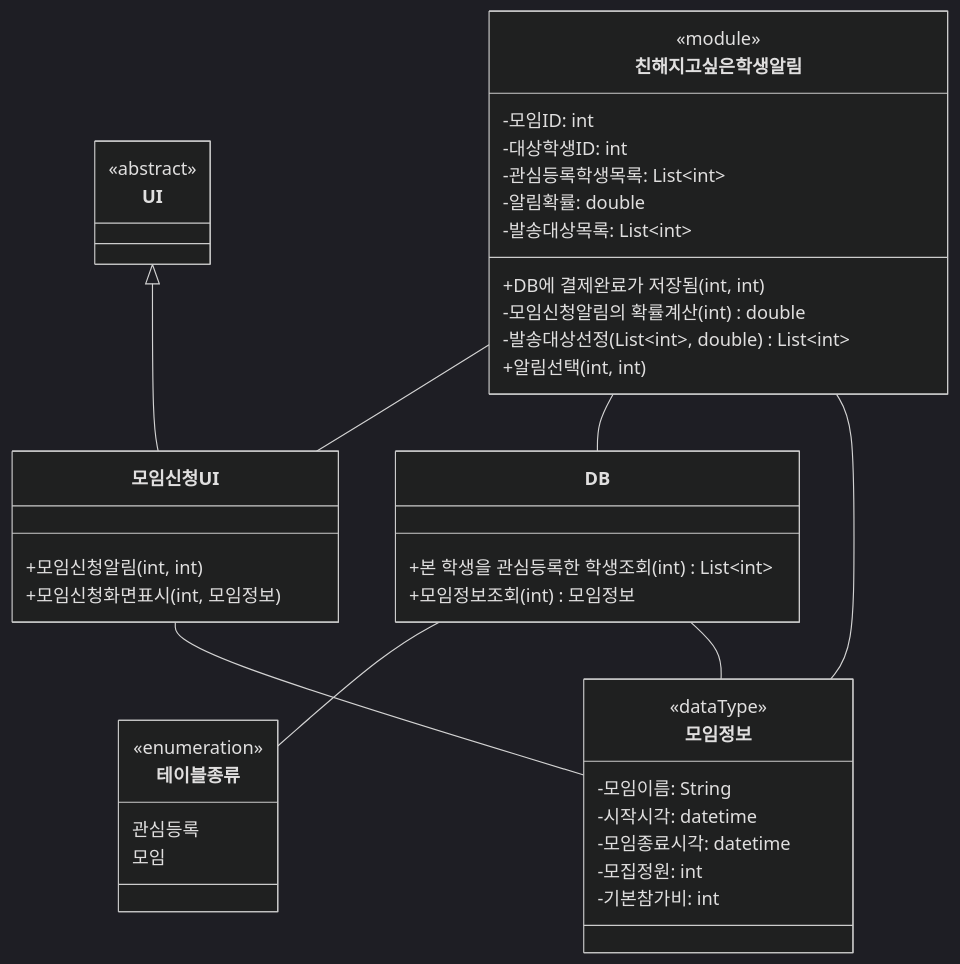
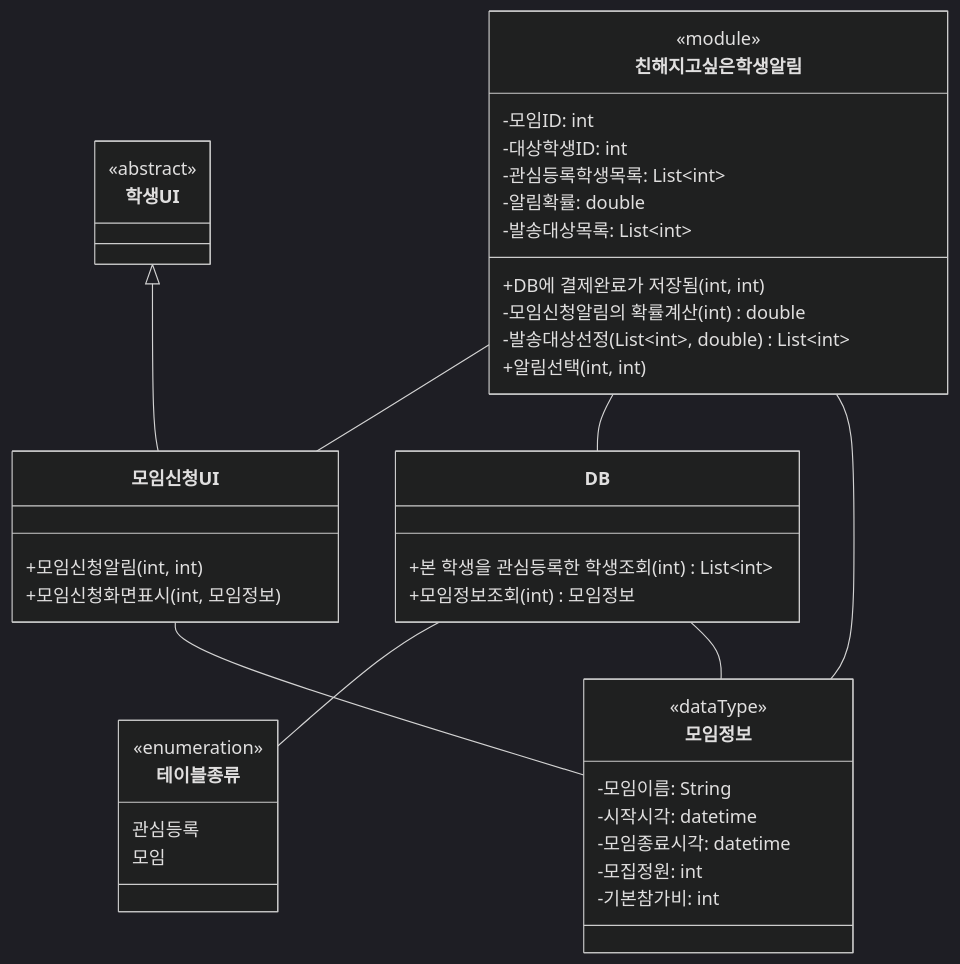
The diagram in presentation/03/3-class.md (hojae3/sw-engineering-16), drawn with Mermaid (dark theme) before and after one commit. The commit also changed other lines of this file and 7 other files, not shown here.

````diff
--- a/presentation/03/3-class.md
+++ b/presentation/03/3-class.md
@@ -12,47 +12,47 @@
 ```mermaid
 classDiagram
-    class UI {
+    class 학생UI {
         <<abstract>>
     }
     class 모임신청UI {
         +모임신청알림(int, int)
         +모임신청화면표시(int, 모임정보)
     }
     class 친해지고싶은학생알림 {
         <<module>>
         -모임ID: int
         -대상학생ID: int
         -관심등록학생목록: List~int~
         -알림확률: double
         -발송대상목록: List~int~
         +DB에 결제완료가 저장됨(int, int)
         -모임신청알림의 확률계산(int) double
         -발송대상선정(List~int~, double) List~int~
         +알림선택(int, int)
     }
     class DB {
         +본 학생을 관심등록한 학생조회(int) List~int~
         +모임정보조회(int) 모임정보
     }
     class 테이블종류 {
         <<enumeration>>
         관심등록
         모임
     }
     class 모임정보 {
         <<dataType>>
         -모임이름: String
         -시작시각: datetime
         -모임종료시각: datetime
         -모집정원: int
         -기본참가비: int
     }
 
-    UI <|-- 모임신청UI
+    학생UI <|-- 모임신청UI
     친해지고싶은학생알림 -- 모임신청UI
     친해지고싶은학생알림 -- DB
     친해지고싶은학생알림 -- 모임정보
     DB -- 테이블종류
     DB -- 모임정보
     모임신청UI -- 모임정보
 ```
````
